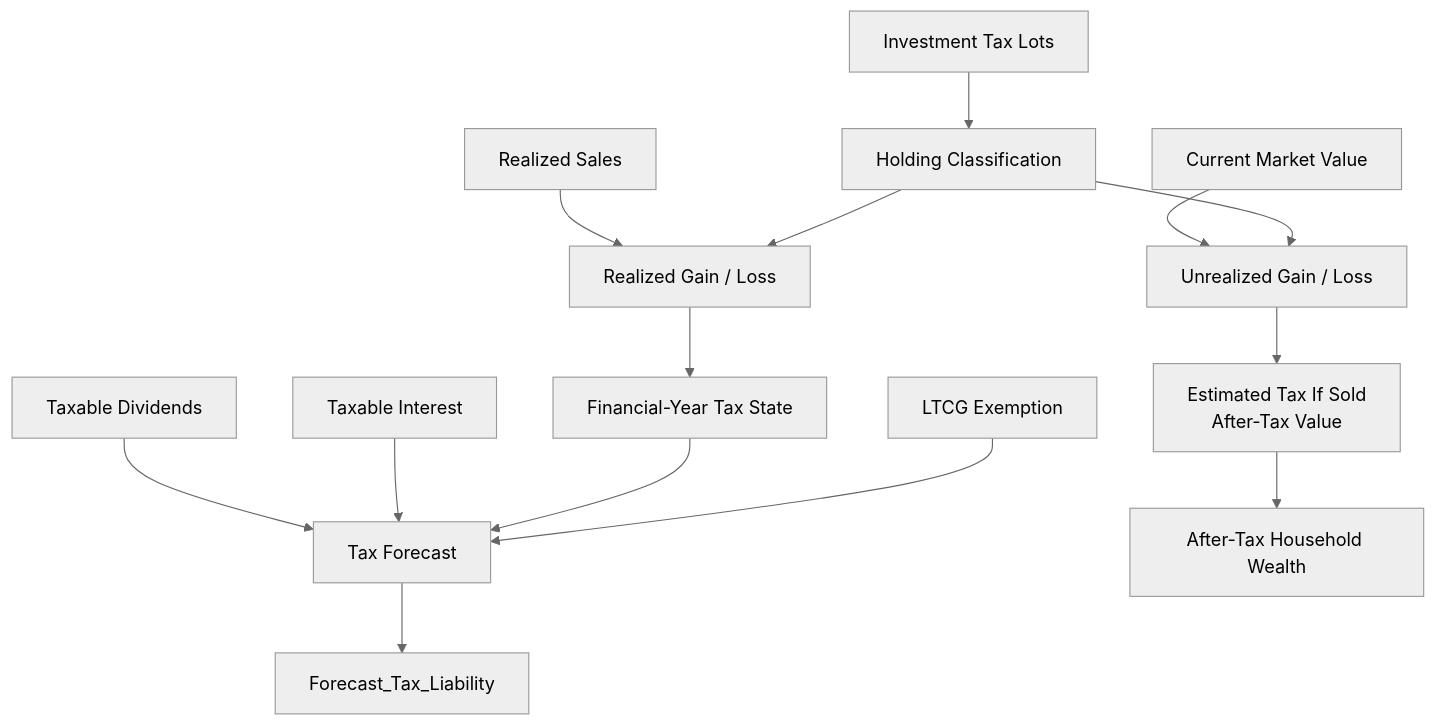
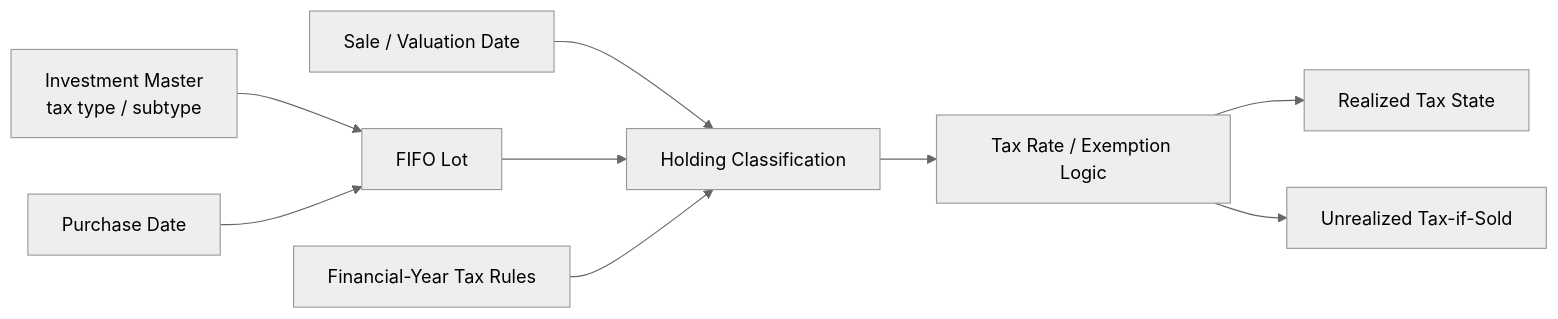
The first of 2 diagrams in docs/finance/tax-methodology.md (tks18/personal-finance-etl), drawn with Mermaid (neutral theme) before and after one commit. The commit also changed other lines of this file and 5 other files, not shown here.

````diff
--- a/docs/finance/tax-methodology.md
+++ b/docs/finance/tax-methodology.md
@@ -24,20 +22,11 @@
 ```mermaid
-flowchart TB
-    LOT["Investment Tax Lots"] --> HOLD["Holding Classification"]
-    SALE["Realized Sales"] --> REAL["Realized Gain / Loss"]
-    MKT["Current Market Value"] --> UNR["Unrealized Gain / Loss"]
-
-    HOLD --> REAL
-    HOLD --> UNR
-
-    REAL --> FY["Financial-Year Tax State"]
-    UNR --> ATS["Estimated Tax If Sold<br/>After-Tax Value"]
-
-    DIV["Taxable Dividends"] --> FORE["Tax Forecast"]
-    INT["Taxable Interest"] --> FORE
-    FY --> FORE
-    EX["LTCG Exemption"] --> FORE
-
-    FORE --> GOLD["Forecast_Tax_Liability"]
-    ATS --> WEALTH["After-Tax Household Wealth"]
+flowchart LR
+    MASTER["Investment Master<br/>tax type / subtype"] --> LOT["FIFO Lot"]
+    BUY["Purchase Date"] --> LOT
+    SALE["Sale / Valuation Date"] --> HOLD["Holding Classification"]
+    LOT --> HOLD
+    FY["Financial-Year Tax Rules"] --> HOLD
+    HOLD --> TAX["Tax Rate / Exemption Logic"]
+    TAX --> REAL["Realized Tax State"]
+    TAX --> UNREAL["Unrealized Tax-if-Sold"]
 ```
````
